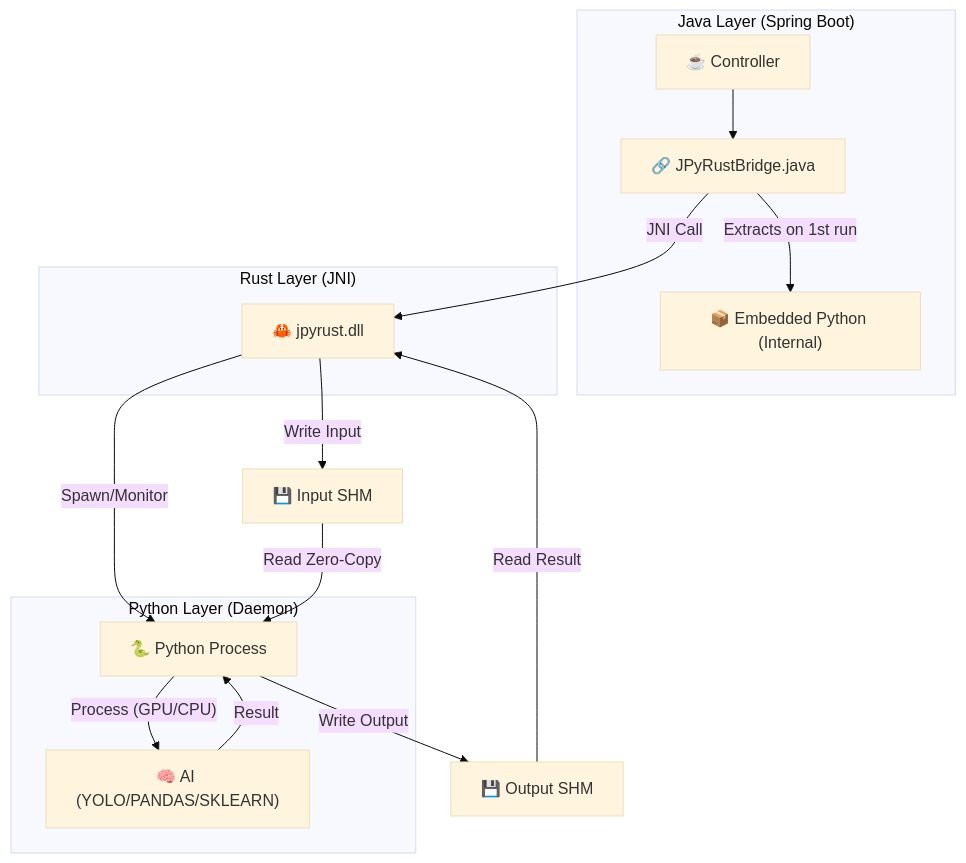
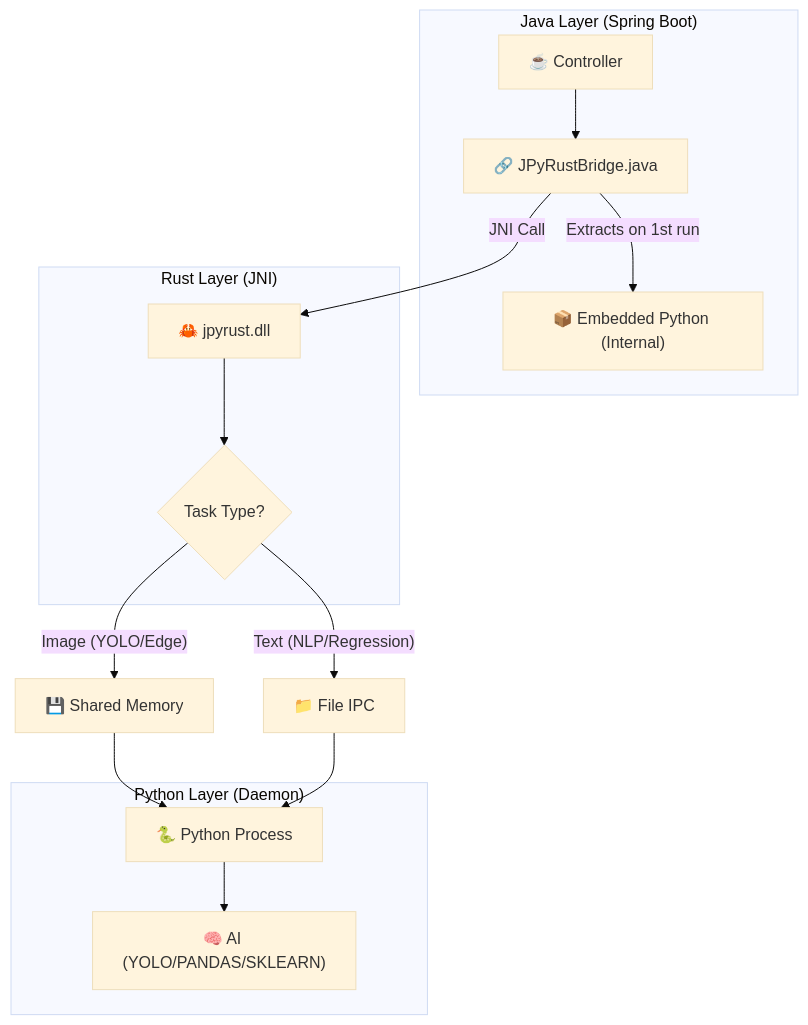
Before and after one commit to farmer0010/JPyRust: the diagram in README.md, drawn with Mermaid (base theme). The commit also changed other lines of this file and 5 other files, not shown here.

````diff
--- a/README.md
+++ b/README.md
@@ -74,30 +73,30 @@
 ```mermaid
 graph TD
     subgraph "Java Layer (Spring Boot)"
         Controller["☕ Controller"]
         JavaBridge["🔗 JPyRustBridge.java"]
         Dist["📦 Embedded Python (Internal)"]
     end
 
     subgraph "Rust Layer (JNI)"
         RustBridge["🦀 jpyrust.dll"]
+        IPCSwitch{"Task Type?"}
     end
 
     subgraph "Python Layer (Daemon)"
         Daemon["🐍 Python Process"]
         Models["🧠 AI (YOLO/PANDAS/SKLEARN)"]
     end
 
     Controller --> JavaBridge
     JavaBridge -- "Extracts on 1st run" --> Dist
     JavaBridge -- "JNI Call" --> RustBridge
-    RustBridge -- "Spawn/Monitor" --> Daemon
+    RustBridge --> IPCSwitch
     
-    RustBridge -- "Write Input" --> RAM_IN["💾 Input SHM"]
-    RAM_IN -- "Read Zero-Copy" --> Daemon
-    Daemon -- "Process (GPU/CPU)" --> Models
+    IPCSwitch -- "Image (YOLO/Edge)" --> RAM_IN["💾 Shared Memory"]
+    IPCSwitch -- "Text (NLP/Regression)" --> FILE_IN["📁 File IPC"]
     
-    Models -- "Result" --> Daemon
-    Daemon -- "Write Output" --> RAM_OUT["💾 Output SHM"]
-    RAM_OUT -- "Read Result" --> RustBridge
+    RAM_IN --> Daemon
+    FILE_IN --> Daemon
+    Daemon --> Models
 ```
````
